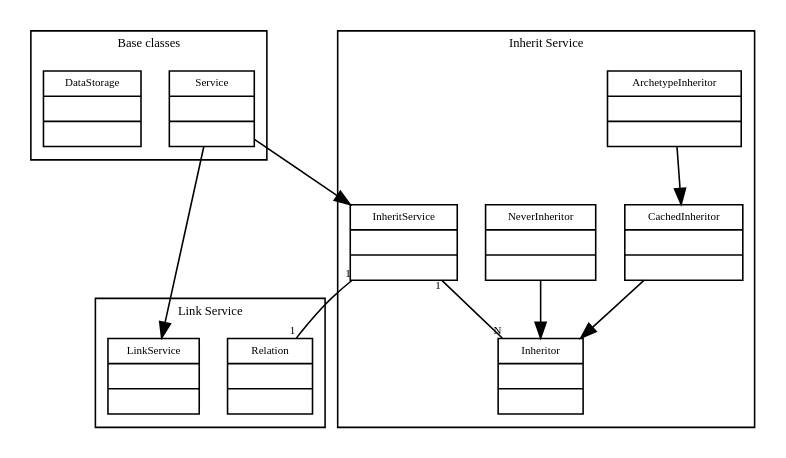
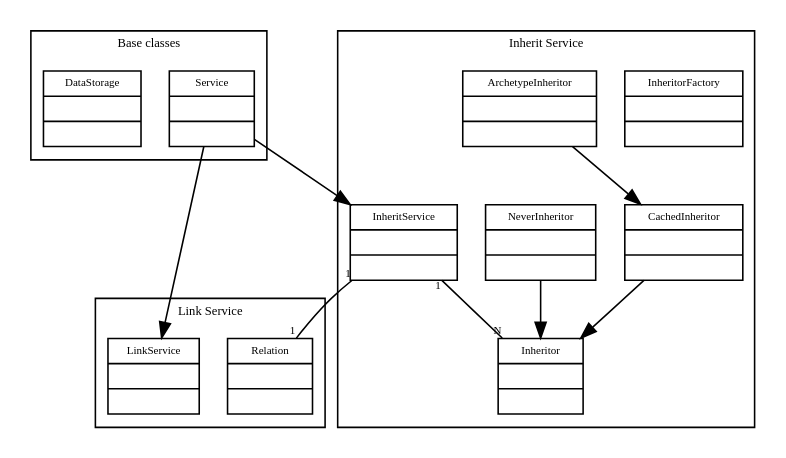
One commit to volca02/openDarkEngine changed the diagram in doc/src/inheritsvc.dot. Above: the diagram before and after it, drawn with Graphviz. The commit also changed 2 other files, not shown here.

```diff
--- a/doc/src/inheritsvc.dot
+++ b/doc/src/inheritsvc.dot
@@ -1,91 +1,95 @@
 digraph G {
 	fontname = "Bitstream Vera Sans"
 	fontsize = 8
 	
 	node [
 		fontname = "Bitstream Vera Sans"
 		fontsize = 7
 		shape = "record"	
 	]
 	
 	edge [
 		fontname = "Bitstream Vera Sans"
 		fontsize = 7
 	]
 	
 	
 	subgraph clusterBase {
 		label = "Base classes"
 	
 		Service [
 			label = "{Service||}"
 		]
 	
 		DataStorage [
 			label = "{DataStorage||}"
 		]
 	}
 		
 	subgraph clusterLinkSvc {
 		label = "Link Service"
 		
 		LinkService [
 			label = "{LinkService||}"
 		]
 	
 		Relation [
 			label = "{Relation||}"
 		]
 	}	
 
 	subgraph clusterInhSvc {
 		label = "Inherit Service"
 		
 		InheritService [
 			label = "{InheritService||}"
 		]
 	
+		InheritorFactory [
+			label = "{InheritorFactory||}"
+		]
+	
 		Inheritor [
 			label = "{Inheritor||}"
 		]
 		
 		NeverInheritor [
 			label = "{NeverInheritor||}"
 		]
 		
 	 	CachedInheritor [
 			label = "{CachedInheritor||}"
 		]
 		
 	 	ArchetypeInheritor [
 			label = "{ArchetypeInheritor||}"
 		]
 
 	}	
 
 	ArchetypeInheritor -> CachedInheritor
 	CachedInheritor -> Inheritor
 	NeverInheritor -> Inheritor
 	
 	Service -> InheritService
 	Service -> LinkService
 	
 	edge [
 		arrowhead = "none"
 
                 headlabel = "1"
                 taillabel = "1"
 	]
 	
 	InheritService -> Relation
 	
 	edge [
 		arrowhead = "none"
 
                 headlabel = "N"
                 taillabel = "1"
 	]
 	
 	InheritService -> Inheritor
 
 }
```
